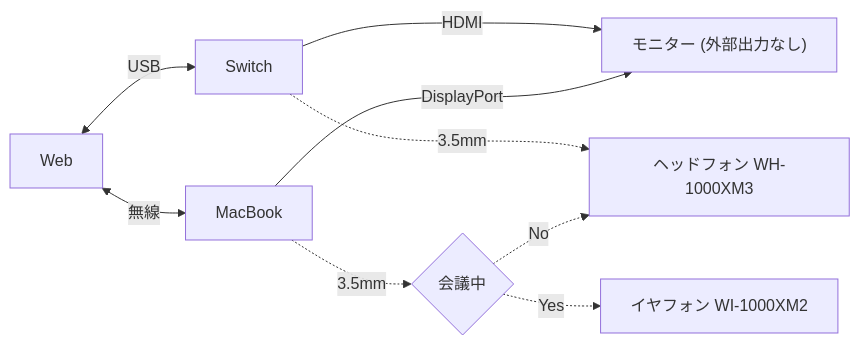
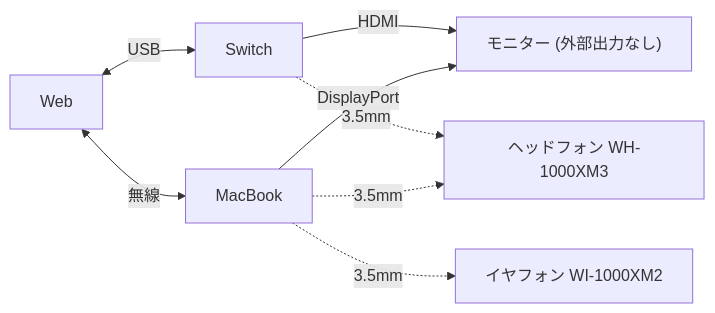
Before and after one commit to kotaoue/gamemo: the first of 2 diagrams in environment/desktop.md, drawn with Mermaid. The commit also changed other lines of this file, not shown here.

Commit message:
update memo

````diff
--- a/environment/desktop.md
+++ b/environment/desktop.md
@@ -3,11 +3,10 @@
 ```mermaid
 flowchart LR
     Web <-->|USB| Switch
-    Switch --->|HDMI| Monitor["モニター (外部出力なし)"]
+    Switch -->|HDMI| Monitor["モニター (外部出力なし)"]
     Switch -.->|3.5mm| ヘッドフォン["ヘッドフォン WH-1000XM3"]
     Web <-->|無線| MacBook
-    MacBook --->|DisplayPort| Monitor
-    MacBook -.->|3.5mm| Meeting{会議中}
-    Meeting -.->|Yes| イヤフォン["イヤフォン WI-1000XM2"]
-    Meeting -.->|No| ヘッドフォン
+    MacBook -->|DisplayPort| Monitor
+    MacBook -.->|3.5mm| イヤフォン["イヤフォン WI-1000XM2"]
+    MacBook -.->|3.5mm| ヘッドフォン
 ```
````
